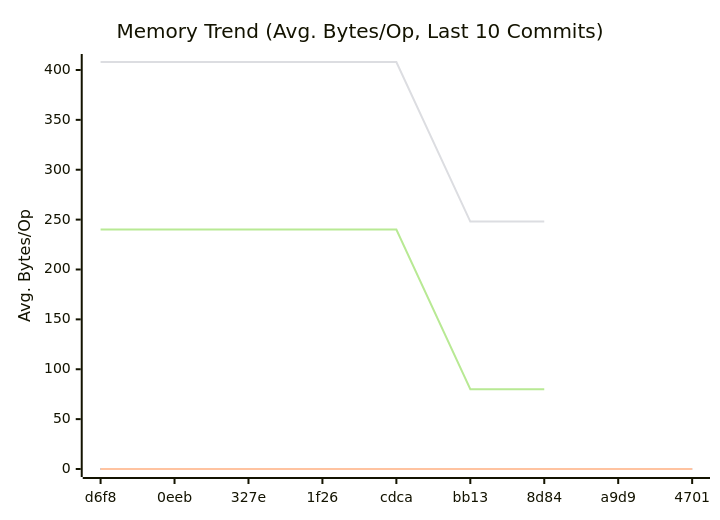
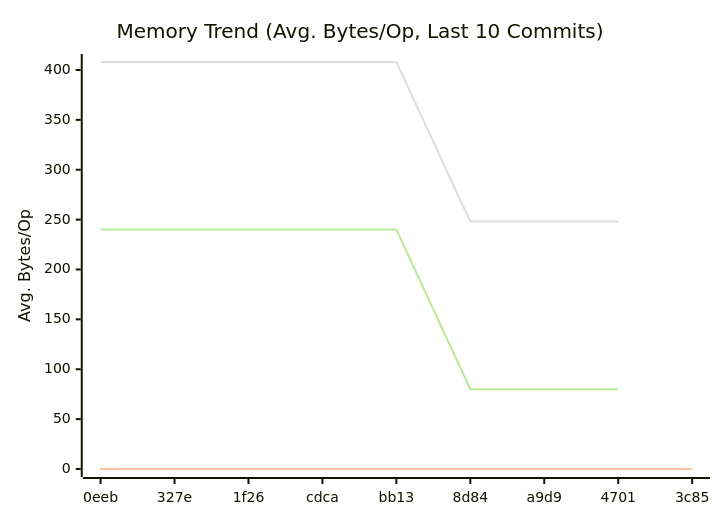
One commit to alsotoes/momo changed the second of 3 diagrams in doc/README.md. Above: the diagram before and after it, drawn with Mermaid. The commit also changed other lines of this file and 1 other file, not shown here.

````diff
--- a/doc/README.md
+++ b/doc/README.md
@@ -309,12 +312,12 @@
 ```mermaid
 xychart-beta
     title "Memory Trend (Avg. Bytes/Op, Last 10 Commits)"
     x-axis "Commit"
     y-axis "Avg. Bytes/Op"
-    x-axis [d6f8,0eeb,327e,1f26,cdca,bb13,8d84,a9d9,4701]
+    x-axis [0eeb,327e,1f26,cdca,bb13,8d84,a9d9,4701,3c85]
     line "CheckMetricsAndSwap" [0,0,0,0,0,0,0,0,0,0]
     line "IndexDirectTracking" [0,0,0,0,0,0,0,0,0,0]
     line "IndexSearch" [0,0,0,0,0,0,0,0,0,0]
-    line "ParseReplicationOrder_NoPrealloc" [408,408,408,408,408,248,248]
-    line "ParseReplicationOrder_Prealloc" [240,240,240,240,240,80,80]
+    line "ParseReplicationOrder_NoPrealloc" [408,408,408,408,408,248,248,248]
+    line "ParseReplicationOrder_Prealloc" [240,240,240,240,240,80,80,80]
 ```
````
